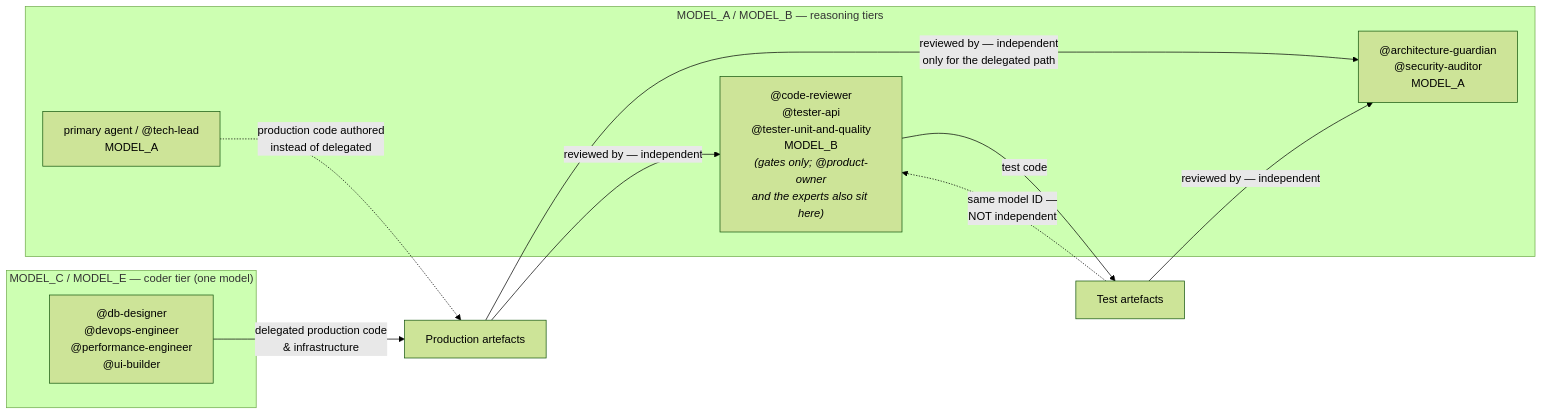
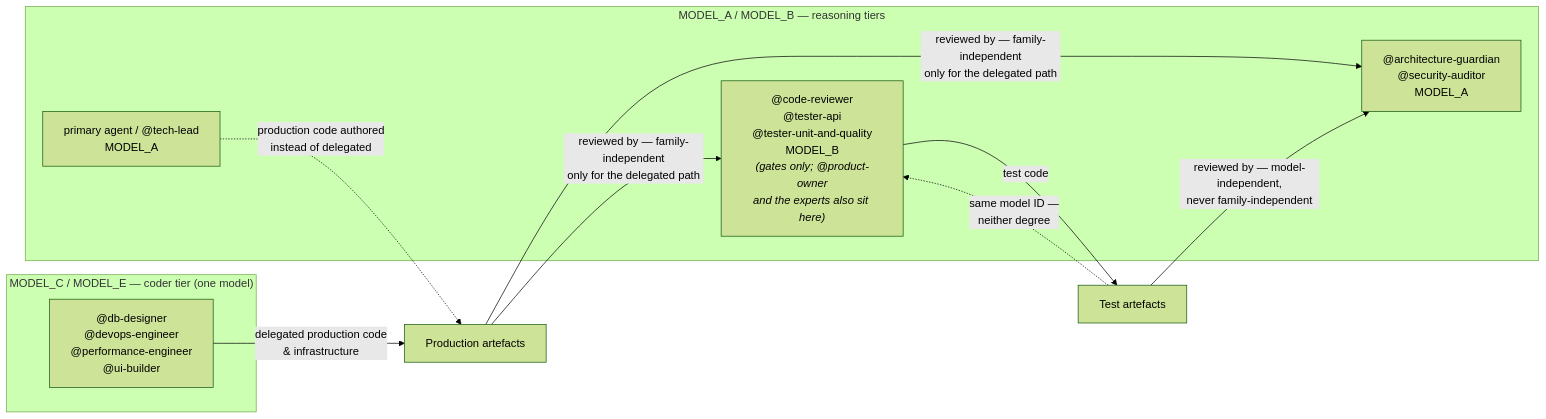
Before and after one commit to maglez/eop-threat-medeling: the diagram in docs/adr/ADR-022-agent-model-tier-governance.md, drawn with Mermaid (forest theme). The commit also changed other lines of this file and 4 other files, not shown here.

````diff
--- a/docs/adr/ADR-022-agent-model-tier-governance.md
+++ b/docs/adr/ADR-022-agent-model-tier-governance.md
@@ -85,18 +104,18 @@
 ```mermaid
 flowchart LR
     subgraph reasoning["MODEL_A / MODEL_B — reasoning tiers"]
         G1["@architecture-guardian<br/>@security-auditor<br/>MODEL_A"]
         G2["@code-reviewer<br/>@tester-api<br/>@tester-unit-and-quality<br/>MODEL_B<br/><i>(gates only; @product-owner<br/>and the experts also sit here)</i>"]
         TL["primary agent / @tech-lead<br/>MODEL_A"]
     end
     subgraph coder["MODEL_C / MODEL_E — coder tier (one model)"]
         A1["@db-designer<br/>@devops-engineer<br/>@performance-engineer<br/>@ui-builder"]
     end
     A1 -->|"delegated production code<br/>& infrastructure"| PROD["Production artefacts"]
     TL -.->|"production code authored<br/>instead of delegated"| PROD
     G2 -->|"test code"| TEST["Test artefacts"]
-    PROD -->|"reviewed by — independent<br/>only for the delegated path"| G1
-    PROD -->|"reviewed by — independent"| G2
-    TEST -->|"reviewed by — independent"| G1
-    TEST -.->|"same model ID —<br/>NOT independent"| G2
+    PROD -->|"reviewed by — family-independent<br/>only for the delegated path"| G1
+    PROD -->|"reviewed by — family-independent<br/>only for the delegated path"| G2
+    TEST -->|"reviewed by — model-independent,<br/>never family-independent"| G1
+    TEST -.->|"same model ID —<br/>neither degree"| G2
 ```
````
